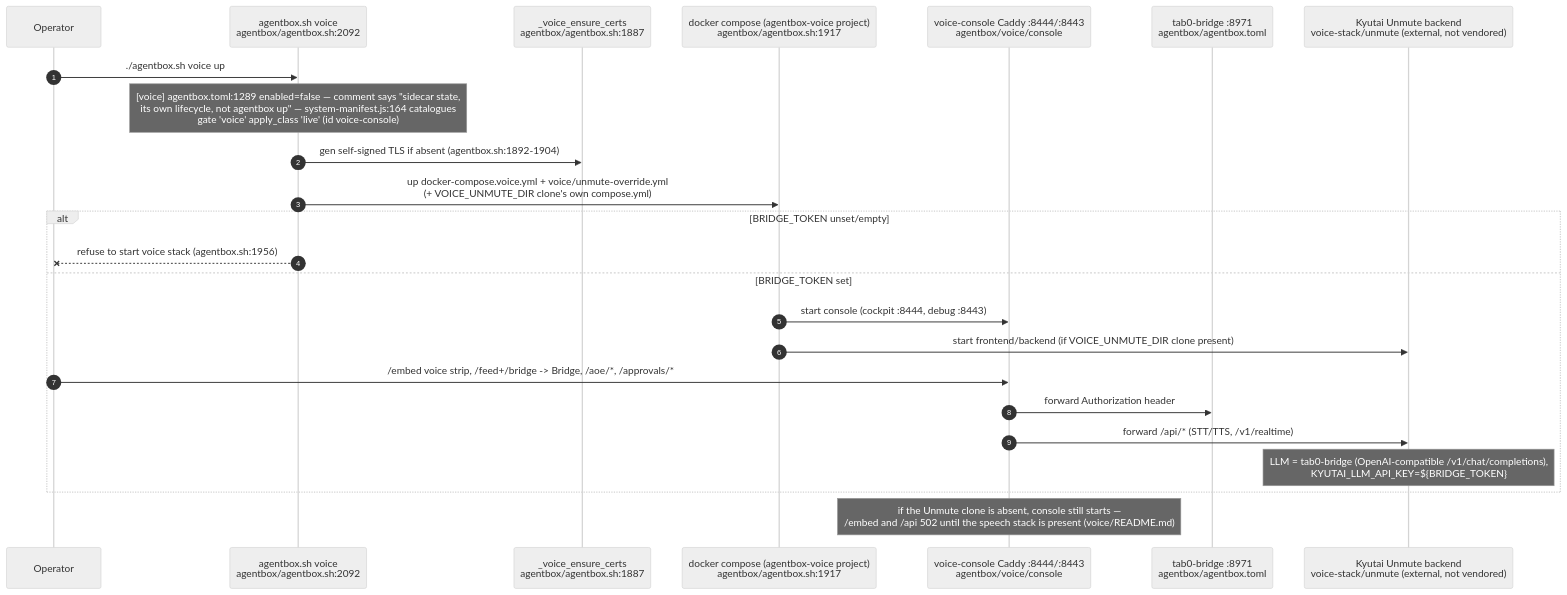
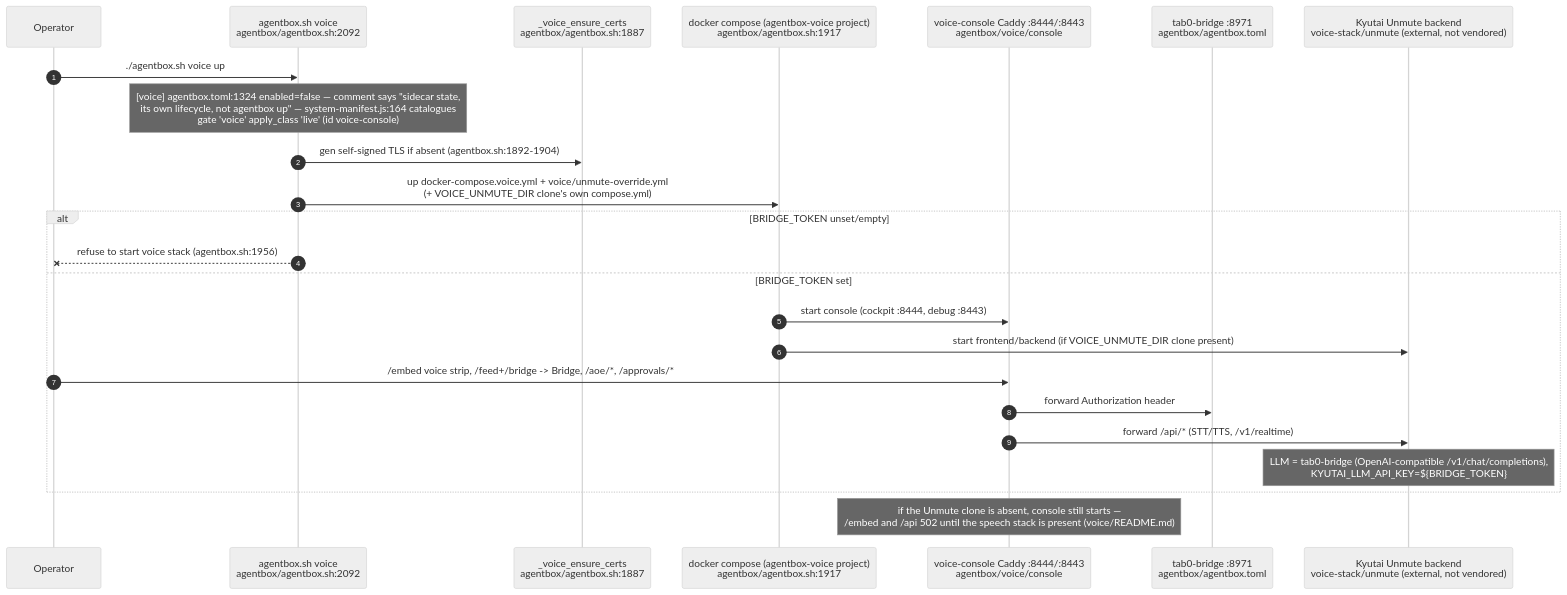
Before and after one commit to DreamLab-AI/AR-AI-Knowledge-Graph: the seventh of 12 diagrams in docs/diagrams/agentbox/27-media-gpu-capability-services.md, drawn with Mermaid (neutral theme). The commit also changed other lines of this file and 73 other files, not shown here.

First line of the commit message:
docs(diagrams): re-verify all 71 topic files against HEAD; add --cite-check

````diff
--- a/docs/diagrams/agentbox/27-media-gpu-capability-services.md
+++ b/docs/diagrams/agentbox/27-media-gpu-capability-services.md
@@ -215,27 +215,27 @@
 ```mermaid
 sequenceDiagram
     autonumber
     participant Op as Operator
     participant CLI as agentbox.sh voice<br/>agentbox/agentbox.sh:2092
     participant Certs as _voice_ensure_certs<br/>agentbox/agentbox.sh:1887
     participant Compose as docker compose (agentbox-voice project)<br/>agentbox/agentbox.sh:1917
     participant Caddy as voice-console Caddy :8444/:8443<br/>agentbox/voice/console
     participant Bridge as tab0-bridge :8971<br/>agentbox/agentbox.toml
     participant Unmute as Kyutai Unmute backend<br/>voice-stack/unmute (external, not vendored)
 
     Op->>CLI: ./agentbox.sh voice up
-    Note over CLI: [voice] agentbox.toml:1289 enabled=false — comment says "sidecar state,<br/>its own lifecycle, not agentbox up" — system-manifest.js:164 catalogues<br/>gate 'voice' apply_class 'live' (id voice-console)
+    Note over CLI: [voice] agentbox.toml:1324 enabled=false — comment says "sidecar state,<br/>its own lifecycle, not agentbox up" — system-manifest.js:164 catalogues<br/>gate 'voice' apply_class 'live' (id voice-console)
     CLI->>Certs: gen self-signed TLS if absent (agentbox.sh:1892-1904)
     CLI->>Compose: up docker-compose.voice.yml + voice/unmute-override.yml<br/>(+ VOICE_UNMUTE_DIR clone's own compose.yml)
     alt BRIDGE_TOKEN unset/empty
         CLI--xOp: refuse to start voice stack (agentbox.sh:1956)
     else BRIDGE_TOKEN set
         Compose->>Caddy: start console (cockpit :8444, debug :8443)
         Compose->>Unmute: start frontend/backend (if VOICE_UNMUTE_DIR clone present)
         Op->>Caddy: /embed voice strip, /feed+/bridge -> Bridge, /aoe/*, /approvals/*
         Caddy->>Bridge: forward Authorization header
         Caddy->>Unmute: forward /api/* (STT/TTS, /v1/realtime)
         Note over Unmute: LLM = tab0-bridge (OpenAI-compatible /v1/chat/completions),<br/>KYUTAI_LLM_API_KEY=${BRIDGE_TOKEN}
     end
     Note over Caddy: if the Unmute clone is absent, console still starts —<br/>/embed and /api 502 until the speech stack is present (voice/README.md)
 ```
````
